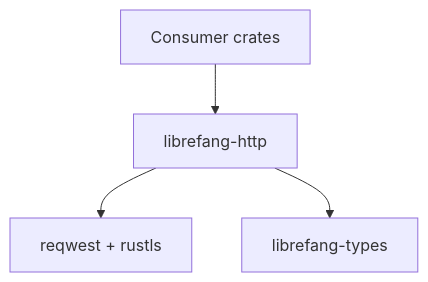
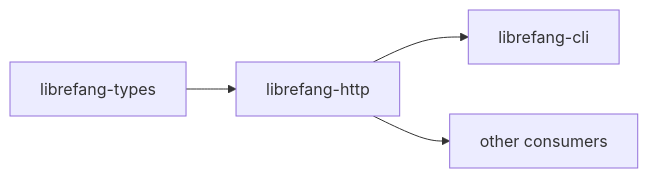
The second of 2 diagrams in other-librefang-http.md (leszek3737/librefang-WIki), drawn with Mermaid before and after one commit. The commit also changed other lines of this file and 120 other files, not shown here.

````diff
--- a/other-librefang-http.md
+++ b/other-librefang-http.md
@@ -43,6 +46,6 @@
 ```mermaid
-graph TD
-    A[librefang-http] --> B[reqwest + rustls]
-    A --> C[librefang-types]
-    D[Consumer crates] --> A
+graph LR
+    A[librefang-types] --> B[librefang-http]
+    B --> C[librefang-cli]
+    B --> D[other consumers]
 ```
````
